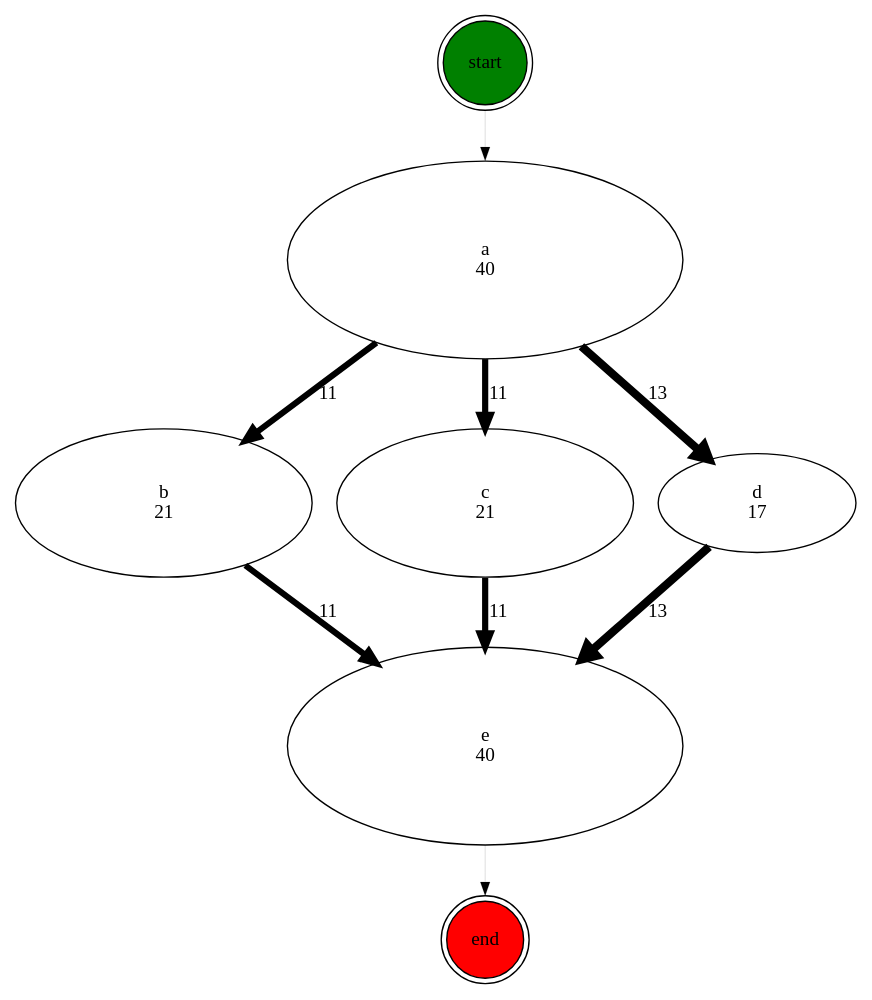
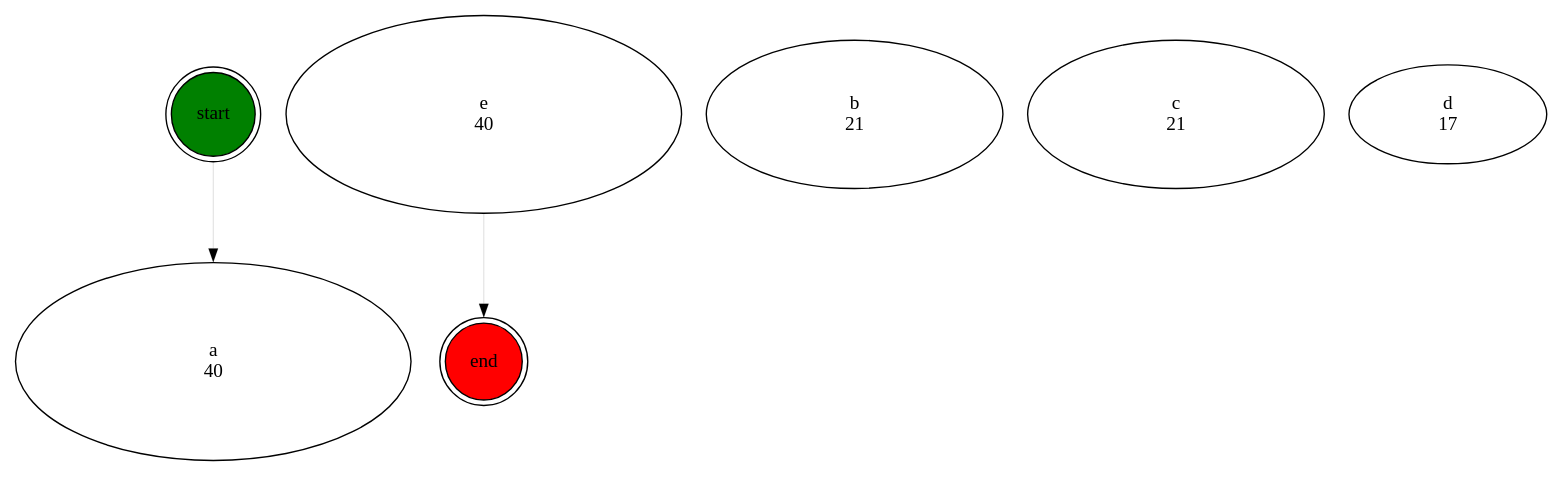
Before and after one commit to ShiningVision/Process-Mining-Visualization: the diagram in temp/graph_viz.dot, drawn with Graphviz. The commit also changed 11 other files, not shown here.

Commit message:
D3 interactive Graph now standard view.

```diff
--- a/temp/graph_viz.dot
+++ b/temp/graph_viz.dot
@@ -1,71 +1,47 @@
 digraph {
-	graph [bb="0,0,612,690.96"];
+	graph [bb="0,0,1111,324"];
 	node [label="\N"];
 	a	[height=2,
 		label="a
 40",
-		pos="342,520.74",
+		pos="144,72",
 		width=4];
-	b	[height=1.5,
-		label="b
-21",
-		pos="108,342.99",
-		width=3];
-	a -> b	[label=11,
-		lp="224.75,422.86",
-		penwidth=4.5,
-		pos="e,167.16,388.42 262.78,460.24 235.89,440.04 206.01,417.6 179.74,397.87"];
-	c	[height=1.5,
-		label="c
-21",
-		pos="342,342.99",
-		width=3];
-	a -> c	[label=11,
-		lp="348.75,422.86",
-		penwidth=4.5,
-		pos="e,342,397.34 342,448.25 342,436.69 342,424.74 342,413.23"];
-	d	[height=1,
-		label="d
-17",
-		pos="540,342.99",
-		width=2];
-	a -> d	[label=13,
-		lp="464.75,422.86",
-		penwidth=6.0,
-		pos="e,505.29,374.8 412.09,457.53 439.11,433.54 469.29,406.75 493.55,385.22"];
 	e	[height=2,
 		label="e
 40",
-		pos="342,165.24",
+		pos="337,252",
 		width=4];
 	end	[fillcolor=red,
 		height=0.78106,
 		label=end,
-		pos="342,28.118",
+		pos="337,72",
 		shape=doublecircle,
 		style=filled,
 		width=0.78106];
 	e -> end	[penwidth=0.1,
-		pos="e,342,56.652 342,93.116 342,83.895 342,74.763 342,66.41"];
-	b -> e	[label=11,
-		lp="224.75,263.11",
-		penwidth=4.5,
-		pos="e,262.83,225.7 167.35,297.41 192.48,278.54 222.33,256.11 250.19,235.19"];
-	c -> e	[label=11,
-		lp="348.75,263.11",
-		penwidth=4.5,
-		pos="e,342,237.44 342,288.78 342,277.54 342,265.4 342,253.28"];
-	d -> e	[label=13,
-		lp="464.75,263.11",
-		penwidth=6.0,
-		pos="e,412.16,228.51 505.51,311.37 482.92,291.32 452.39,264.22 423.82,238.87"];
+		pos="e,337,100.37 337,179.63 337,155.91 337,130.44 337,110.35"];
+	b	[height=1.5,
+		label="b
+21",
+		pos="607,252",
+		width=3];
+	c	[height=1.5,
+		label="c
+21",
+		pos="841,252",
+		width=3];
+	d	[height=1,
+		label="d
+17",
+		pos="1039,252",
+		width=2];
 	start	[fillcolor=green,
 		height=0.85036,
 		label=start,
-		pos="342,660.35",
+		pos="144,252",
 		shape=doublecircle,
 		style=filled,
 		width=0.85036];
 	start -> a	[penwidth=0.1,
-		pos="e,342,593.04 342,629.49 342,621.45 342,612.36 342,602.94"];
+		pos="e,144,144.41 144,221.21 144,202.77 144,178.12 144,154.22"];
 }
```
